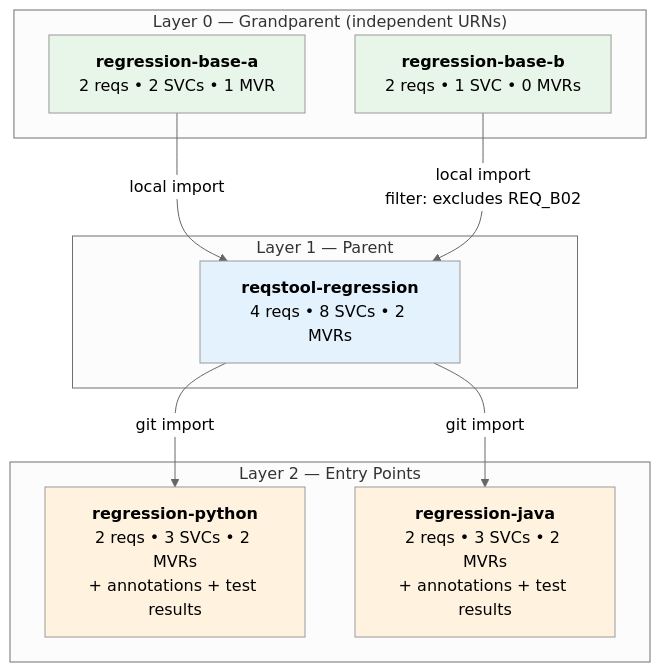
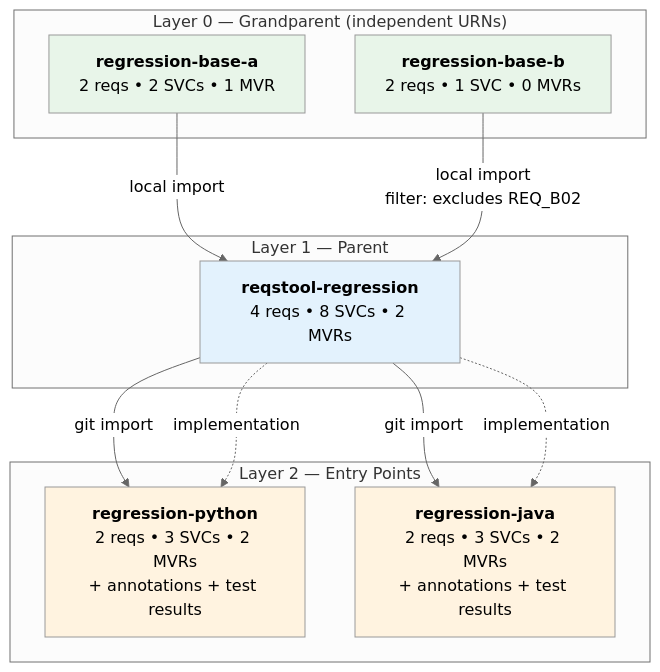
One commit to reqstool/reqstool-regression changed the first of 4 diagrams in docs/REGRESSION_PLAN.md. Above: the diagram before and after it, drawn with Mermaid (neutral theme). The commit also changed other lines of this file, not shown here.

````diff
--- a/docs/REGRESSION_PLAN.md
+++ b/docs/REGRESSION_PLAN.md
@@ -27,27 +27,29 @@
 ```mermaid
 graph TB
     subgraph "Layer 0 — Grandparent (independent URNs)"
         A["<b>regression-base-a</b><br/>2 reqs &bull; 2 SVCs &bull; 1 MVR"]
         B["<b>regression-base-b</b><br/>2 reqs &bull; 1 SVC &bull; 0 MVRs"]
     end
 
     subgraph "Layer 1 — Parent"
         C["<b>reqstool-regression</b><br/>4 reqs &bull; 8 SVCs &bull; 2 MVRs"]
     end
 
     subgraph "Layer 2 — Entry Points"
         PY["<b>regression-python</b><br/>2 reqs &bull; 3 SVCs &bull; 2 MVRs<br/>+ annotations + test results"]
         JA["<b>regression-java</b><br/>2 reqs &bull; 3 SVCs &bull; 2 MVRs<br/>+ annotations + test results"]
     end
 
     A -->|"local import"| C
     B -->|"local import<br/>filter: excludes REQ_B02"| C
     C -->|"git import"| PY
     C -->|"git import"| JA
+    C -.->|"implementation"| PY
+    C -.->|"implementation"| JA
 
     style A fill:#e8f5e9
     style B fill:#e8f5e9
     style C fill:#e3f2fd
     style PY fill:#fff3e0
     style JA fill:#fff3e0
 ```
````
